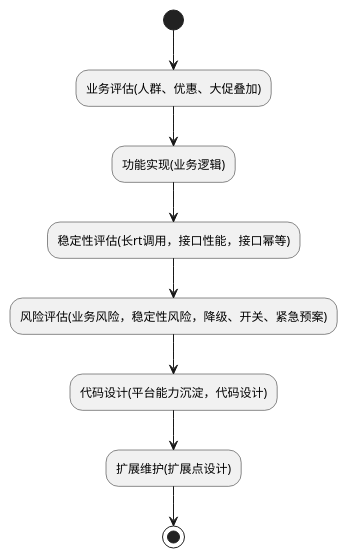
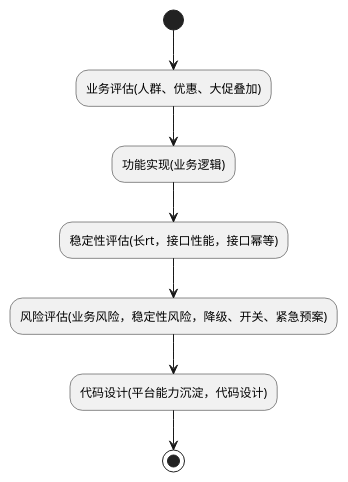
Before and after one commit to sigmoid3/hero: the diagram in pattern/src/main/uml/sugar/mdk2.puml, drawn with PlantUML. The commit also changed 3 other files, not shown here.

```diff
--- a/pattern/src/main/uml/sugar/mdk2.puml
+++ b/pattern/src/main/uml/sugar/mdk2.puml
@@ -1,17 +1,16 @@
 @startuml
 '(*)  --> "check input"
 'If "input is verbose" then
 '--> [Yes] "turn on verbosity"
 '--> "run command"
 'else
 '--> "run command"
 'Endif
 '-->(*)
 (*) --> "业务评估(人群、优惠、大促叠加)"
 --> "功能实现(业务逻辑)"
---> "稳定性评估(长rt调用，接口性能，接口幂等)"
+--> "稳定性评估(长rt，接口性能，接口幂等)"
 --> "风险评估(业务风险，稳定性风险，降级、开关、紧急预案)"
 --> "代码设计(平台能力沉淀，代码设计)"
---> "扩展维护(扩展点设计)"
 --> (*)
 @enduml
```
